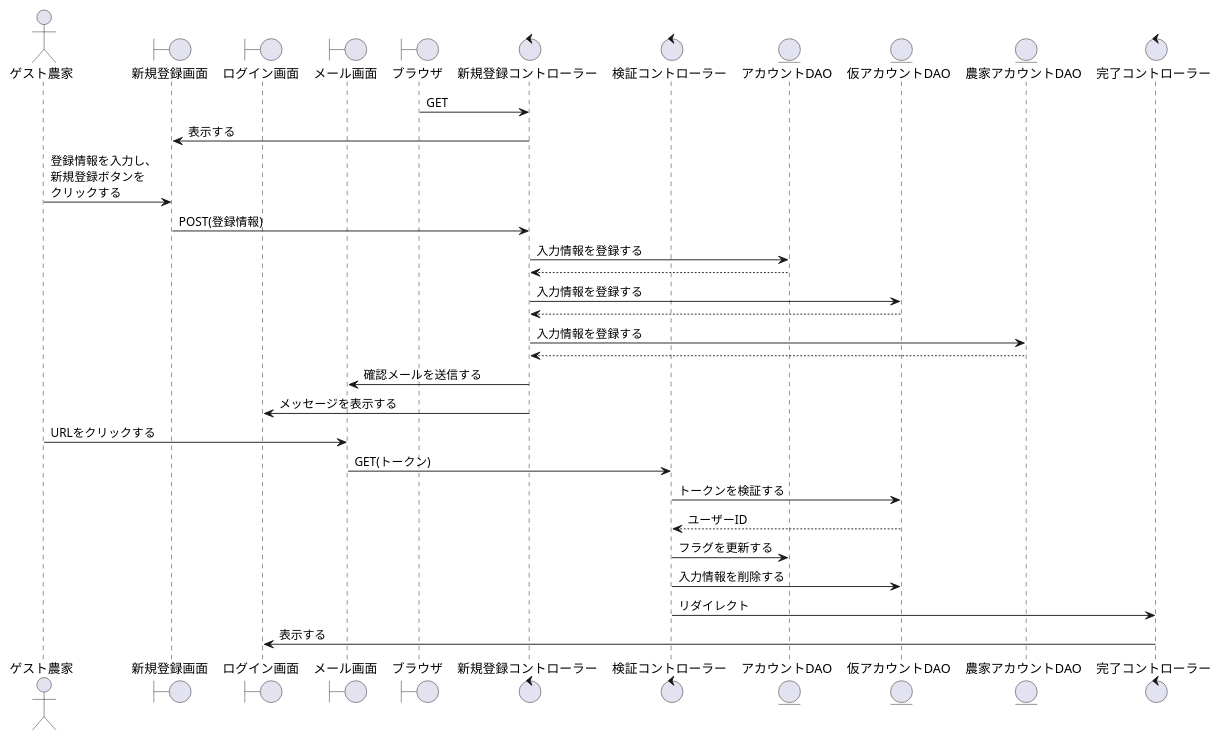
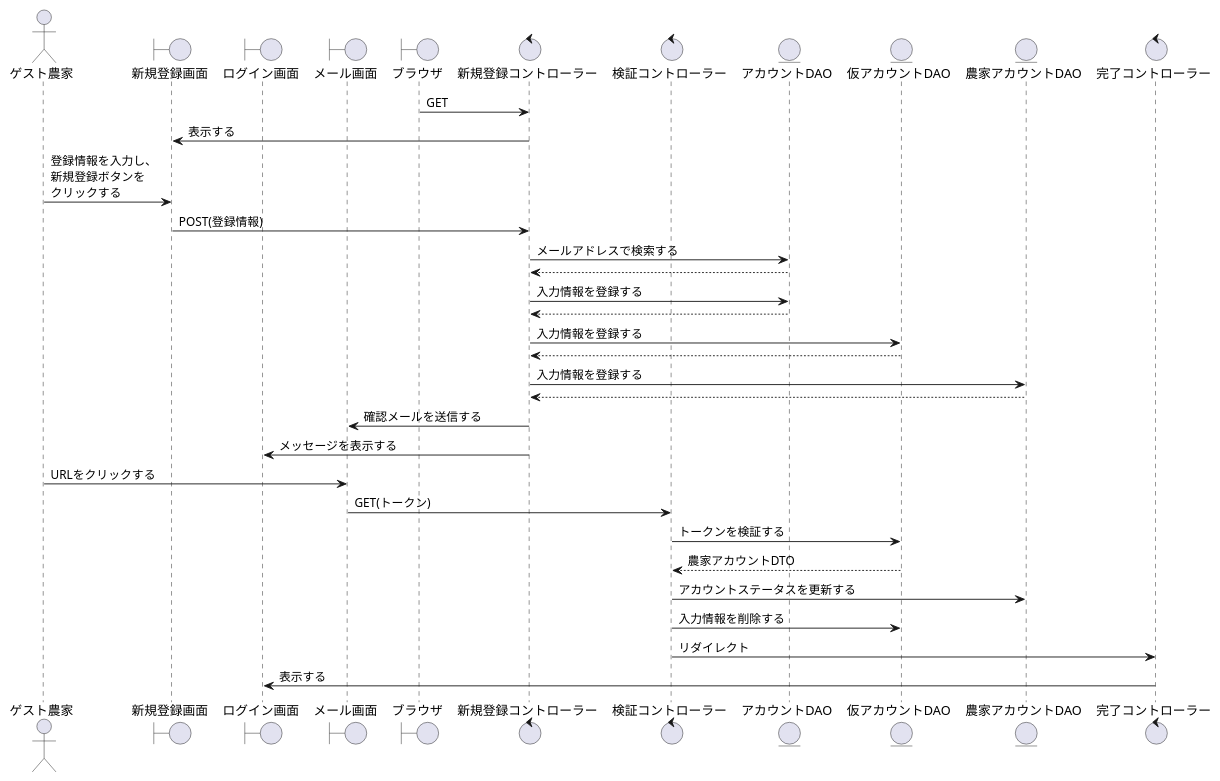
Before and after one commit to SK-B-S/PJ: the diagram in PJ_シーケンス/農家/新規登録.wsd, drawn with PlantUML. The commit also changed 6 other files, not shown here.

```diff
--- a/PJ_シーケンス/農家/新規登録.wsd
+++ b/PJ_シーケンス/農家/新規登録.wsd
@@ -1,39 +1,41 @@
 @startuml 新規登録
 
 actor    "ゲスト農家" as act
 boundary "新規登録画面" as new_registration
 boundary "ログイン画面" as login
 boundary "メール画面" as mail
 boundary "ブラウザ" as brz
 control  "新規登録コントローラー" as approval_c
 control  "検証コントローラー" as verification_c
 entity   "アカウントDAO" as account_DAO
 entity   "仮アカウントDAO" as account_DAO_provisional
 entity   "農家アカウントDAO" as Farmer_account_DAO
 control  "完了コントローラー" as completion_c
 
 '------------------------------------------------------------------------------------
 
 brz -> approval_c : GET
 new_registration <- approval_c : 表示する
 act -> new_registration: 登録情報を入力し、\n新規登録ボタンを\nクリックする
 new_registration-> approval_c: POST(登録情報)
+approval_c -> account_DAO : メールアドレスで検索する
+account_DAO-->approval_c
 approval_c -> account_DAO : 入力情報を登録する
 account_DAO-->approval_c
 approval_c -> account_DAO_provisional : 入力情報を登録する
 account_DAO_provisional-->approval_c
 approval_c -> Farmer_account_DAO : 入力情報を登録する
 Farmer_account_DAO-->approval_c
 approval_c -> mail : 確認メールを送信する
 approval_c -> login : メッセージを表示する
 
 act -> mail : URLをクリックする
 mail -> verification_c : GET(トークン)
 verification_c -> account_DAO_provisional : トークンを検証する
-verification_c <-- account_DAO_provisional : ユーザーID
-verification_c -> account_DAO : フラグを更新する
+verification_c <-- account_DAO_provisional : 農家アカウントDTO
+verification_c -> Farmer_account_DAO : アカウントステータスを更新する
 verification_c -> account_DAO_provisional : 入力情報を削除する
 verification_c -> completion_c : リダイレクト
 login <- completion_c : 表示する
 
 @enduml
```
